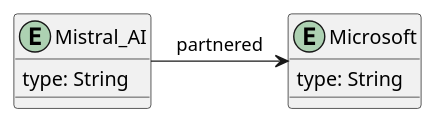
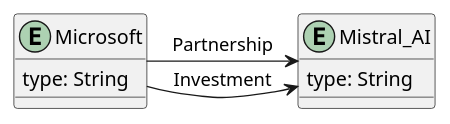
The diagram in temp.puml (zzhengweii/zweckers), drawn with PlantUML before and after one commit. The commit also changed 8 other files, not shown here.

```diff
--- a/temp.puml
+++ b/temp.puml
@@ -1,9 +1,10 @@
 @startuml
+entity Microsoft {             
+type: String 
+} 
 entity Mistral_AI {             
 type: String 
 } 
-entity Microsoft {             
-type: String 
-} 
-Mistral_AI -> Microsoft : partnered
+Microsoft -> Mistral_AI : Partnership
+Microsoft -> Mistral_AI : Investment
 @enduml
```
